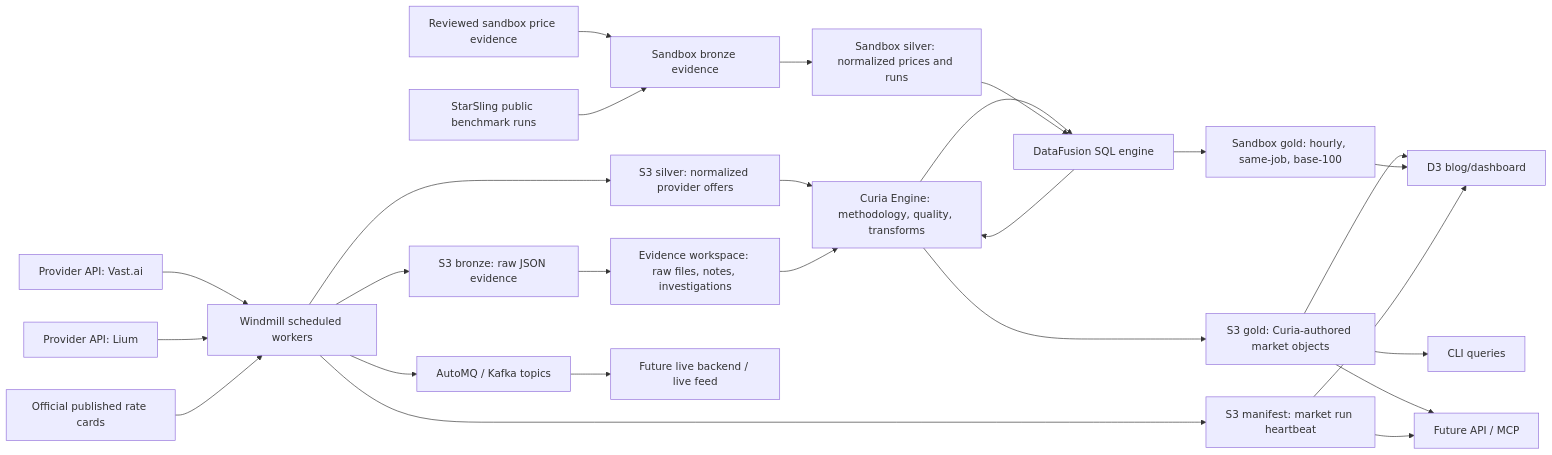
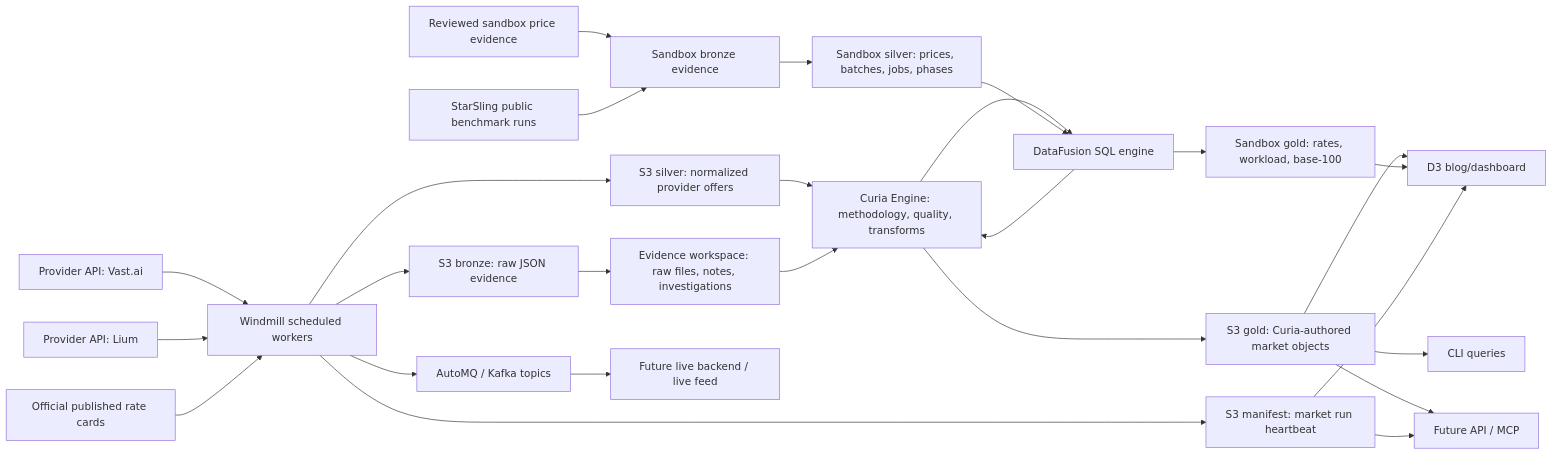
The diagram in docs/architecture.md (gustofied/the-compute-bazaar), drawn with Mermaid before and after one commit. The commit also changed other lines of this file and 16 other files, not shown here.

````diff
--- a/docs/architecture.md
+++ b/docs/architecture.md
@@ -7,31 +7,31 @@
 ```mermaid
 flowchart LR
   Vast["Provider API: Vast.ai"] --> Windmill["Windmill scheduled workers"]
   Lium["Provider API: Lium"] --> Windmill
   Rates["Official published rate cards"] --> Windmill
   SandboxRates["Reviewed sandbox price evidence"] --> SandboxBronze["Sandbox bronze evidence"]
   StarSling["StarSling public benchmark runs"] --> SandboxBronze
 
   Windmill --> AutoMQ["AutoMQ / Kafka topics"]
   Windmill --> Bronze["S3 bronze: raw JSON evidence"]
   Windmill --> Silver["S3 silver: normalized provider offers"]
   Windmill --> MarketRun["S3 manifest: market run heartbeat"]
 
   Silver --> Curia["Curia Engine: methodology, quality, transforms"]
   Curia --> DataFusion["DataFusion SQL engine"]
   DataFusion --> Curia
   Curia --> Gold["S3 gold: Curia-authored market objects"]
-  SandboxBronze --> SandboxSilver["Sandbox silver: normalized prices and runs"]
+  SandboxBronze --> SandboxSilver["Sandbox silver: prices, batches, jobs, phases"]
   SandboxSilver --> DataFusion
-  DataFusion --> SandboxGold["Sandbox gold: hourly, same-job, base-100"]
+  DataFusion --> SandboxGold["Sandbox gold: rates, workload, base-100"]
   Bronze --> Workspace["Evidence workspace: raw files, notes, investigations"]
   Workspace --> Curia
 
   Gold --> CLI["CLI queries"]
   Gold --> API["Future API / MCP"]
   Gold --> Dashboard["D3 blog/dashboard"]
   SandboxGold --> Dashboard
   MarketRun --> Dashboard
   MarketRun --> API
   AutoMQ --> Live["Future live backend / live feed"]
 ```
````
